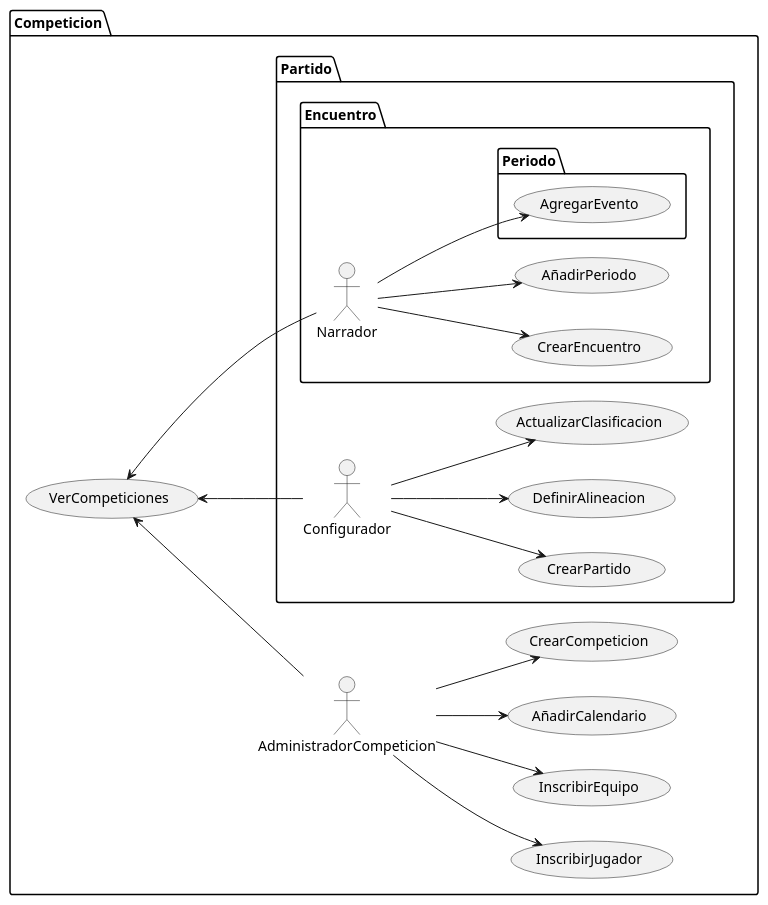
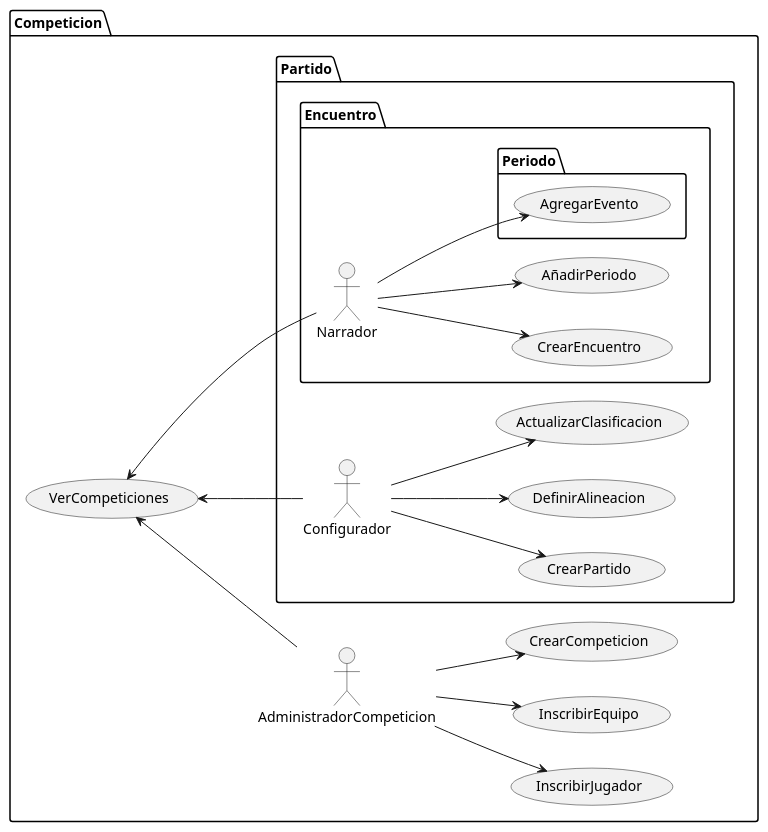
One commit to mmasias/IdSw1-22-23 changed the diagram in actividades/002-appFutbol/RuizJavier/CódigosUML/CasosDeUso.puml. Above: the diagram before and after it, drawn with PlantUML.

```diff
--- a/actividades/002-appFutbol/RuizJavier/CódigosUML/CasosDeUso.puml
+++ b/actividades/002-appFutbol/RuizJavier/CódigosUML/CasosDeUso.puml
@@ -1,58 +1,57 @@
 @startuml
 left to right direction
 
 package Competicion {
 
 	package Partido {
 
 		actor Configurador
 
 		usecase CrearPartido
 		usecase DefinirAlineacion
 		usecase ActualizarClasificacion
 
 		Configurador --> CrearPartido
 		Configurador --> DefinirAlineacion
 		Configurador --> ActualizarClasificacion
 
 
 		package Encuentro {
 
 			actor Narrador
 			usecase CrearEncuentro
 			usecase AñadirPeriodo
 
 			Narrador--> CrearEncuentro
 			Narrador--> AñadirPeriodo
 
 			package Periodo {
 		
 				useCase AgregarEvento
 
 				Narrador --> AgregarEvento
 			}
 		}
 	}
 
 	actor AdministradorCompeticion   
 
 	usecase InscribirJugador
 	usecase InscribirEquipo
-    usecase AñadirCalendario
-    usecase CrearCompeticion
+    
+        usecase CrearCompeticion
  
 	AdministradorCompeticion   --> InscribirEquipo
 	AdministradorCompeticion   --> InscribirJugador
-    AdministradorCompeticion   --> AñadirCalendario
-    AdministradorCompeticion   --> CrearCompeticion
+        AdministradorCompeticion   --> CrearCompeticion
 
-    usecase VerCompeticiones
+        usecase VerCompeticiones
 
 	AdministradorCompeticion   -u-> VerCompeticiones
 	Configurador -u-> VerCompeticiones
 	Narrador -u-> VerCompeticiones
 
 }	
 
 
 @enduml
```
